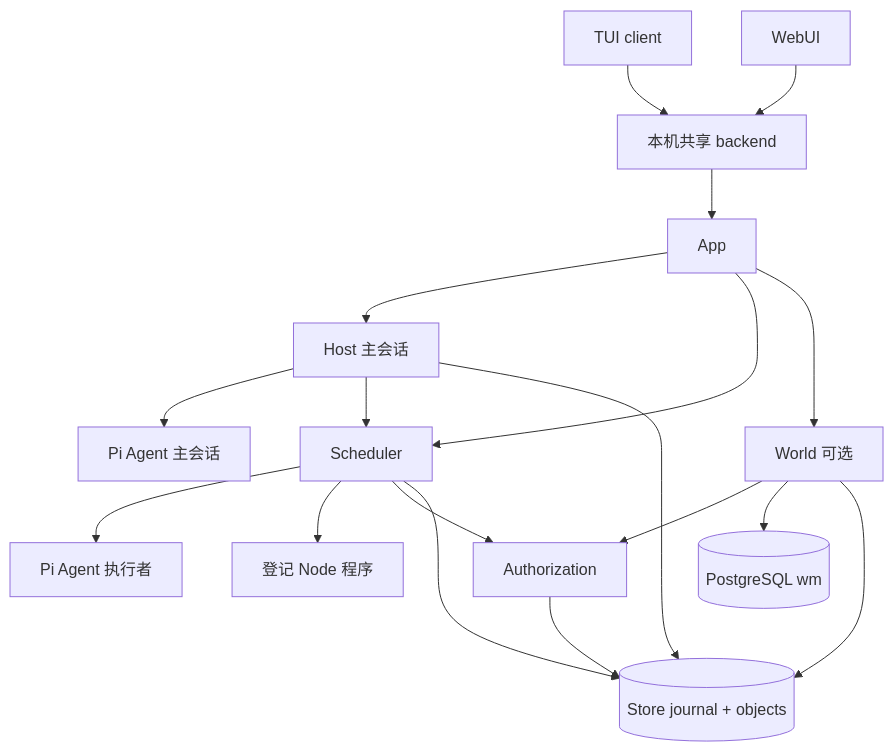
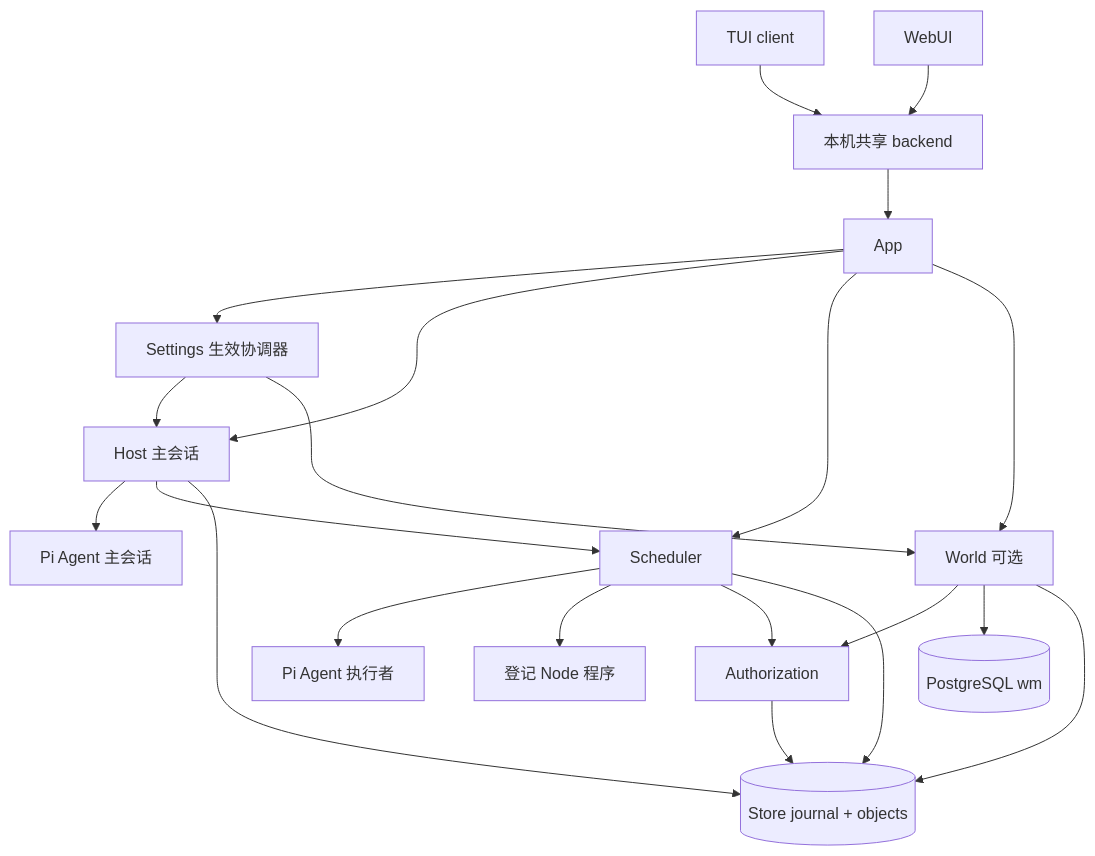
Before and after one commit to ExplodeCode6324/Secretary: the diagram in docs/architecture.md, drawn with Mermaid. The commit also changed other lines of this file and 87 other files, not shown here.

Commit message:
feat: add settings workflow and World Model editing

````diff
--- a/docs/architecture.md
+++ b/docs/architecture.md
@@ -3,20 +3,23 @@
 ```mermaid
 flowchart TD
   TUI[TUI client] --> B[本机共享 backend]
   WEB[WebUI] --> B
   B --> APP[App]
+  APP --> G[Settings 生效协调器]
+  G --> H[Host 主会话]
+  G --> W[World 可选]
   APP --> H[Host 主会话]
   APP --> S[Scheduler]
   APP --> W[World 可选]
   H --> MAIN[Pi Agent 主会话]
   H --> S
   S --> TASK[Pi Agent 执行者]
   S --> P[登记 Node 程序]
   S --> A[Authorization]
   W --> A
   W --> PG[(PostgreSQL wm)]
   H --> ST[(Store journal + objects)]
   S --> ST
   A --> ST
   W --> ST
 ```
````
